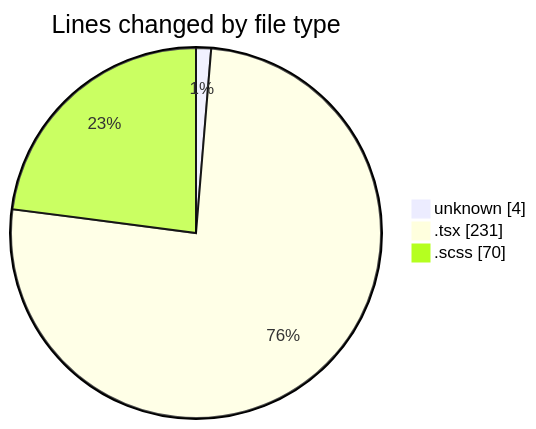
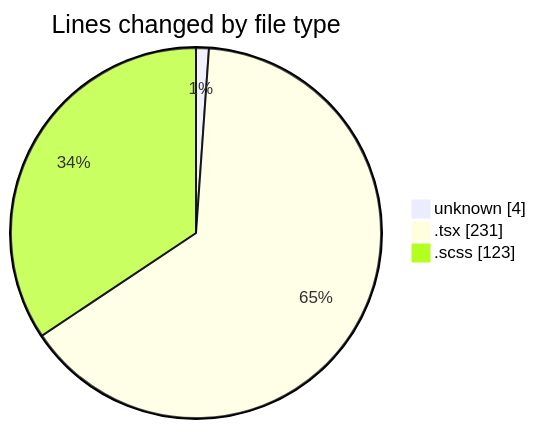
One commit to momahboobian/code-tracking changed the first of 2 diagrams in 2025-02-14/cda/README.md. Above: the diagram before and after it, drawn with Mermaid. The commit also changed other lines of this file and 1 other file, not shown here.

````diff
--- a/2025-02-14/cda/README.md
+++ b/2025-02-14/cda/README.md
@@ -22,7 +22,7 @@
 ```mermaid
 pie showData
 title Lines changed by file type
 "unknown" : 4
 ".tsx" : 231
-".scss" : 70
+".scss" : 123
 ```
````
